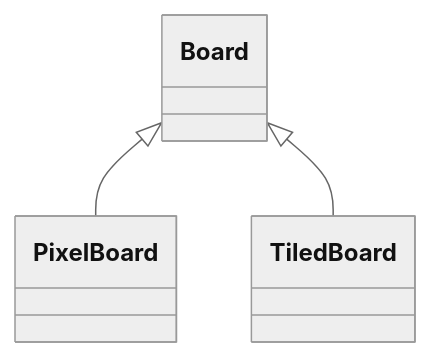
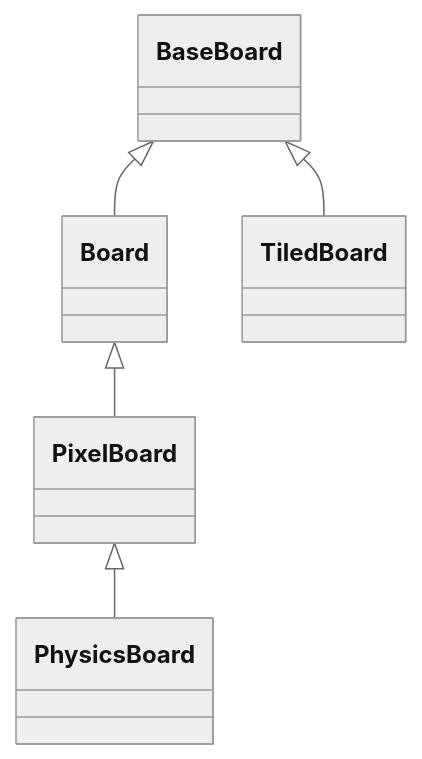
Before and after one commit to asbl/miniworldmaker: the diagram in source/docs/source/api/board.pixelboard.rst, drawn with Mermaid (neutral theme). The commit also changed other lines of this file and 70 other files, not shown here.

```diff
--- a/source/docs/source/api/board.pixelboard.rst
+++ b/source/docs/source/api/board.pixelboard.rst
@@ -7,12 +7,18 @@
 .. mermaid::
 
    classDiagram
+      BaseBoard <|-- Board
       Board <|-- PixelBoard
-      Board <|-- TiledBoard
+      BaseBoard <|-- TiledBoard
+      PixelBoard <|-- PhysicsBoard
+      class BaseBoard{
+      }
       class Board{
       }
       class PixelBoard{
 
       }
       class TiledBoard{
       }  
+      class PhysicsBoard{
+      }  
```
